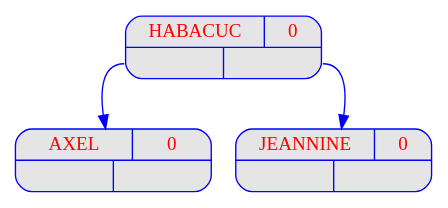
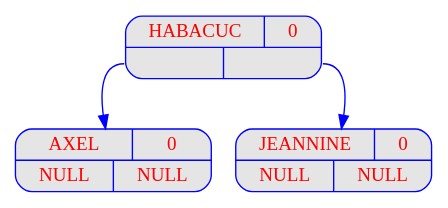
Before and after one commit to benech17/AVL-trees: the diagram in programme1/output/dot/_v02.dot, drawn with Graphviz. The commit also changed 22 other files, not shown here.

```diff
--- a/programme1/output/dot/_v02.dot
+++ b/programme1/output/dot/_v02.dot
@@ -1,38 +1,38 @@
 digraph  {
 	node [
 		fontname  = "Arial bold" 
 		fontsize  = "14"
 		fontcolor = "red"
 		style     = "rounded, filled"
 		shape     = "record"
 		fillcolor = "grey90"
 		color     = "blue"
 		width     = "2"
 	]
 
 	edge [
 		color     = "blue"
 	]
 
-	"HABACUC
-" [label = "{{<c> HABACUC
- | <b> 0} | { <g> | <d>}}"];
-	"HABACUC
-":g -> "AXEL
-";
-	"AXEL
-" [label = "{{<c> AXEL
- | <b> 0} | { <g> | <d>}}"];
-	"AXEL
-" [label = "{{<c> AXEL
- | <b> 0} | { <g> | <d>}}"];
-	"HABACUC
-":d -> "JEANNINE
-";
-	"JEANNINE
-" [label = "{{<c> JEANNINE
- | <b> 0} | { <g> | <d>}}"];
-	"JEANNINE
-" [label = "{{<c> JEANNINE
- | <b> 0} | { <g> | <d>}}"];
+	HABACUC
+ [label = "{{<c> HABACUC
+ | <b> 0}| { <g> | <d>}}"];
+	HABACUC
+:g -> AXEL
+;
+	AXEL
+ [label = "{{<c> AXEL
+ | <b> 0}| { <g> | <d>}}"];
+	AXEL
+ [label = "{{<c> AXEL
+ | <b> 0}| { <g> NULL | <d> NULL}}"];
+	HABACUC
+:d -> JEANNINE
+;
+	JEANNINE
+ [label = "{{<c> JEANNINE
+ | <b> 0}| { <g> | <d>}}"];
+	JEANNINE
+ [label = "{{<c> JEANNINE
+ | <b> 0}| { <g> NULL | <d> NULL}}"];
 }
```
